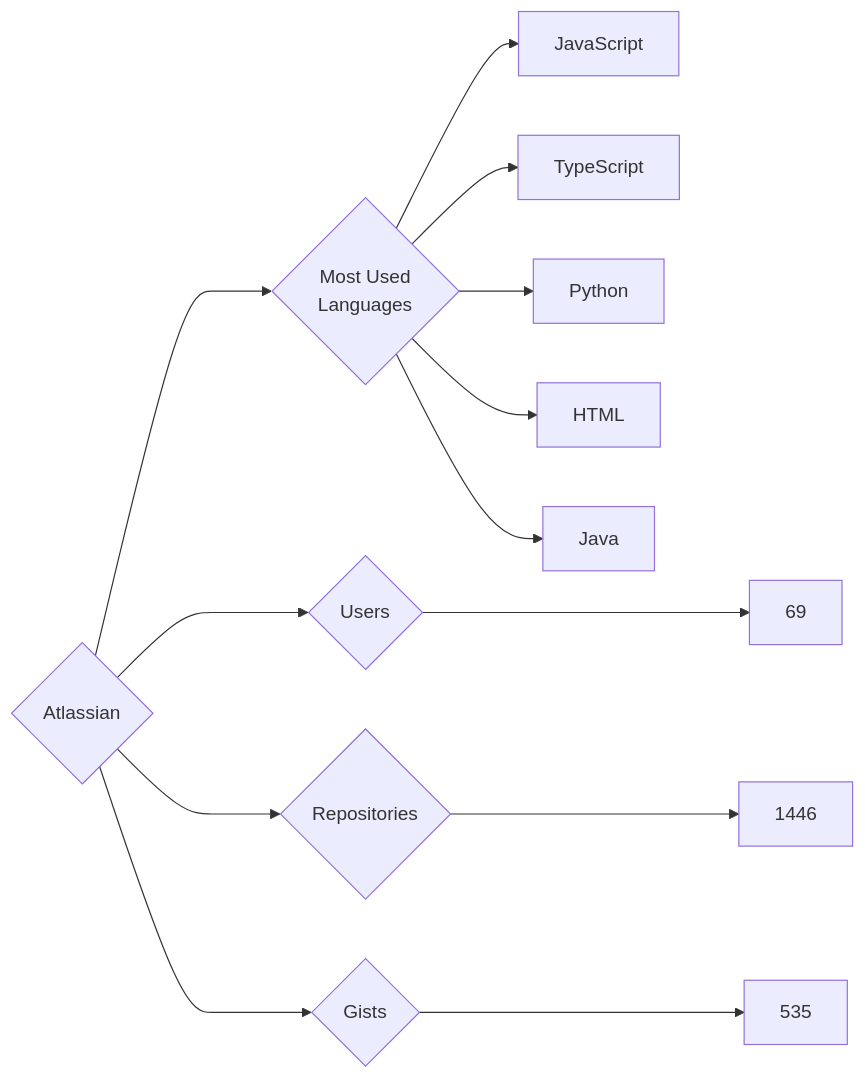
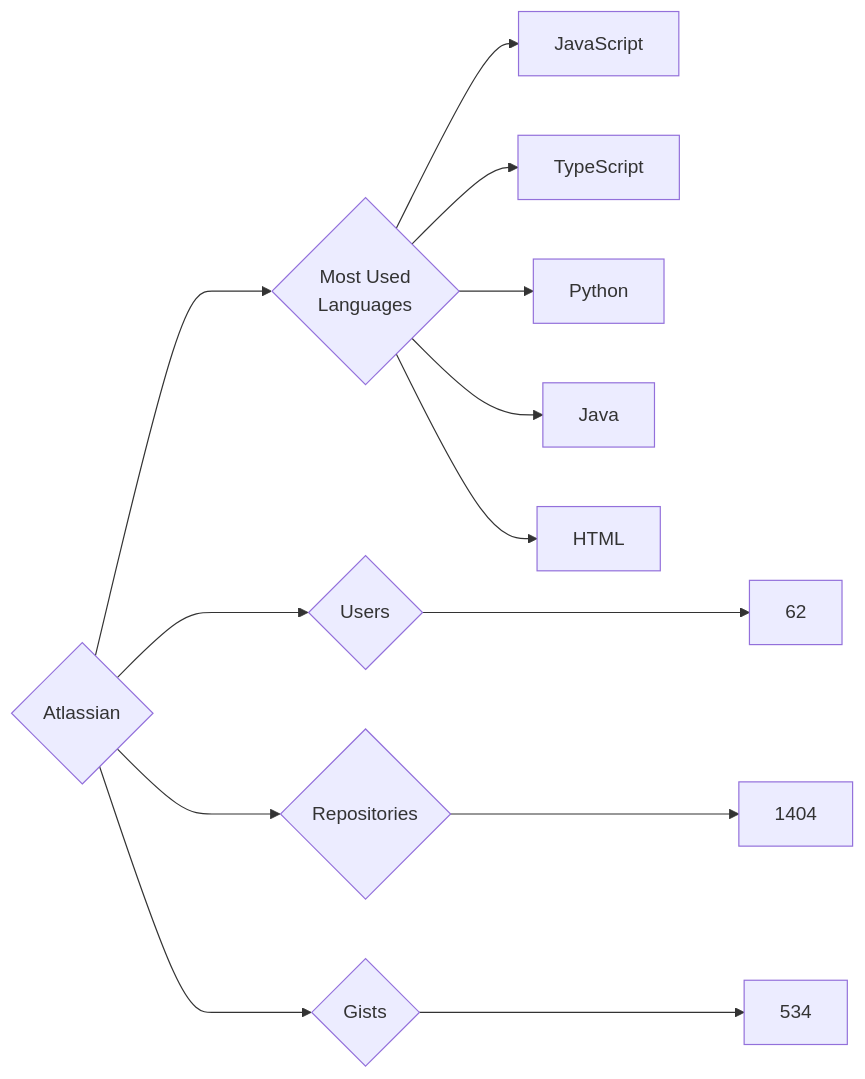
One commit to trickest/insiders changed the diagram in targets/Atlassian/README.md. Above: the diagram before and after it, drawn with Mermaid. The commit also changed 693 other files, not shown here.

````diff
--- a/targets/Atlassian/README.md
+++ b/targets/Atlassian/README.md
@@ -3,13 +3,13 @@
 ```mermaid
 graph LR
 COMPANY_NAME{Atlassian}
-COMPANY_NAME ---> U{Users} ---> UN[69]
-COMPANY_NAME ---> R{Repositories} ---> RN[1446]
-COMPANY_NAME ---> G{Gists} ---> GN[535]
+COMPANY_NAME ---> U{Users} ---> UN[62]
+COMPANY_NAME ---> R{Repositories} ---> RN[1404]
+COMPANY_NAME ---> G{Gists} ---> GN[534]
 COMPANY_NAME ---> ML{Most Used<br>Languages}
 ML --> JavaScript[JavaScript]
 ML --> TypeScript[TypeScript]
 ML --> Python[Python]
+ML --> Java[Java]
 ML --> HTML[HTML]
-ML --> Java[Java]
 ```
````
